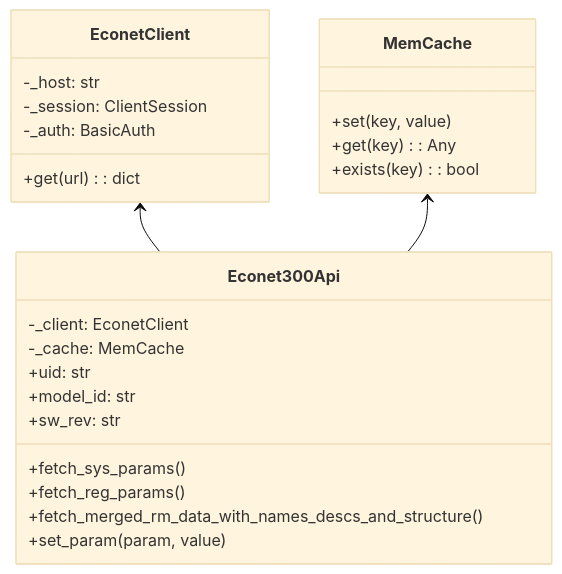
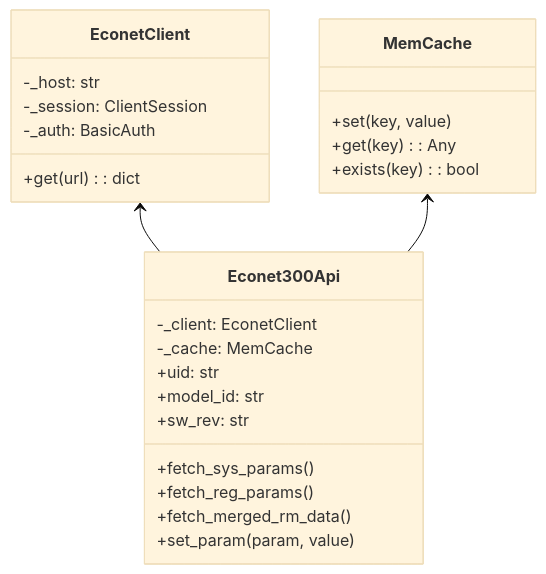
Before and after one commit to arendaszs/ecoNET-300-Home-Assistant-Integration: the sixth of 7 diagrams in docs/ARCHITECTURE.md, drawn with Mermaid (base theme). The commit also changed other lines of this file and 6 other files, not shown here.

Commit message:
refactor: rename fetch_merged_rm_data function

````diff
--- a/docs/ARCHITECTURE.md
+++ b/docs/ARCHITECTURE.md
@@ -232,30 +232,30 @@
 ```mermaid
 classDiagram
     class EconetClient {
         -_host: str
         -_session: ClientSession
         -_auth: BasicAuth
         +get(url): dict
     }
 
     class Econet300Api {
         -_client: EconetClient
         -_cache: MemCache
         +uid: str
         +model_id: str
         +sw_rev: str
         +fetch_sys_params()
         +fetch_reg_params()
-        +fetch_merged_rm_data_with_names_descs_and_structure()
+        +fetch_merged_rm_data()
         +set_param(param, value)
     }
 
     class MemCache {
         +set(key, value)
         +get(key): Any
         +exists(key): bool
     }
 
     EconetClient <-- Econet300Api
     MemCache <-- Econet300Api
 ```
````
